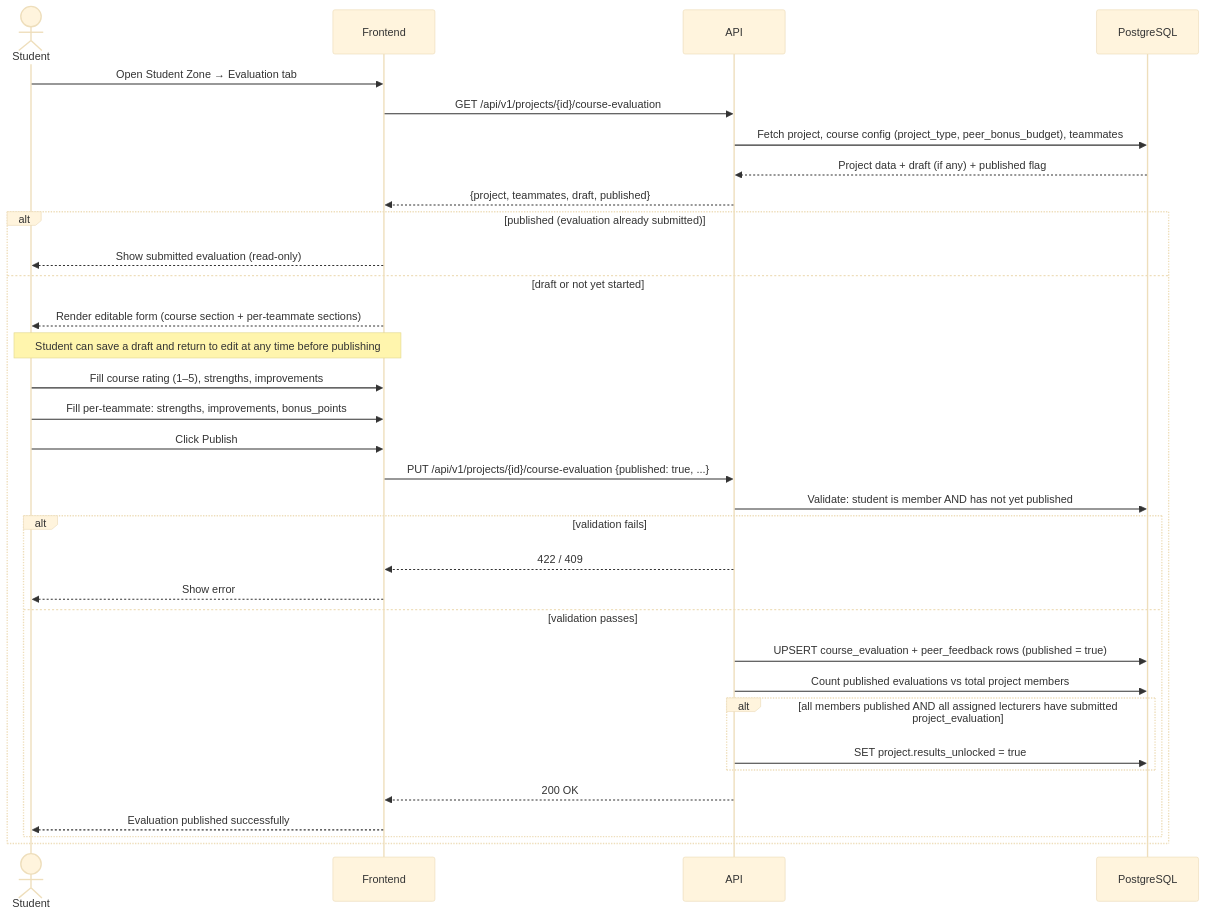
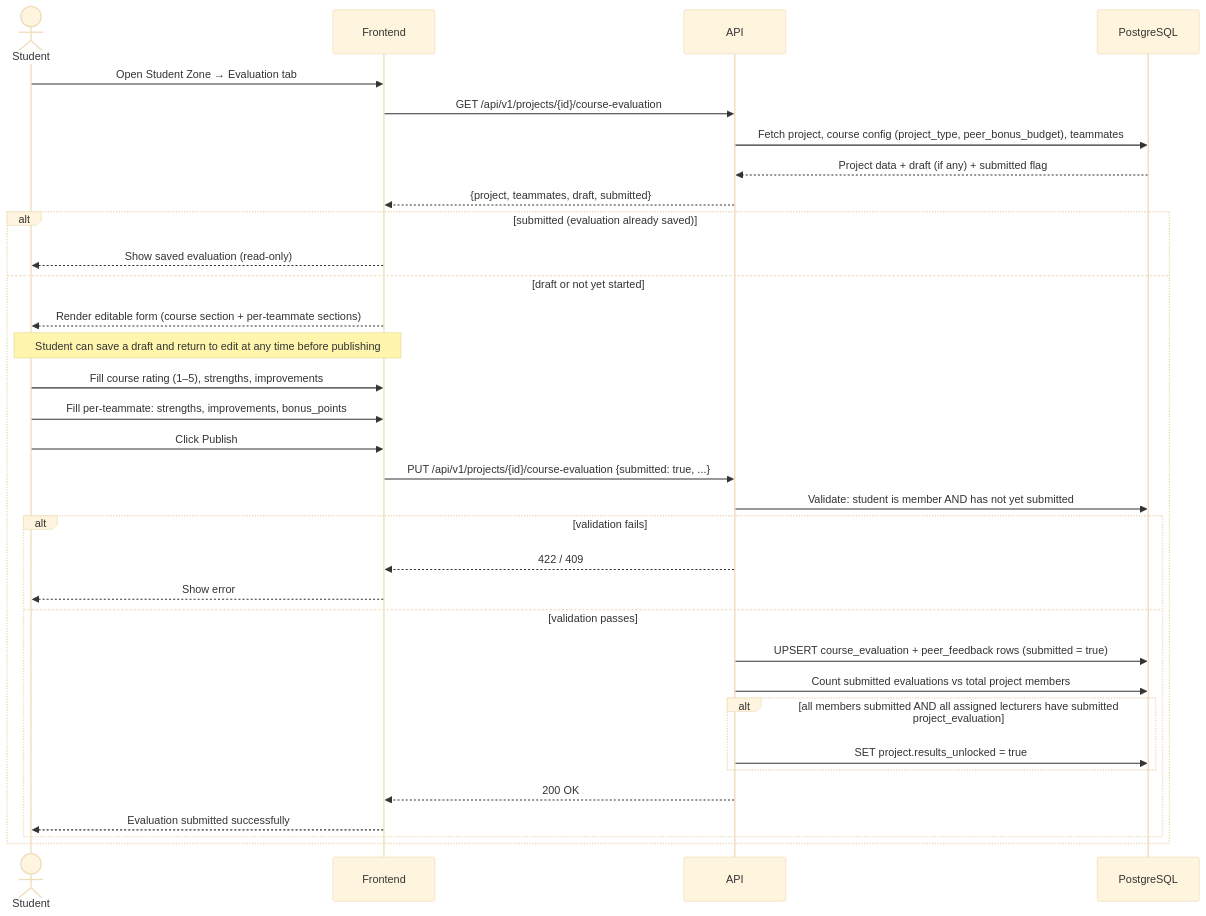
One commit to ljezek/tul-psi changed the third of 6 diagrams in docs/DESIGN.md. Above: the diagram before and after it, drawn with Mermaid (base theme). The commit also changed other lines of this file and 5 other files, not shown here.

````diff
--- a/docs/DESIGN.md
+++ b/docs/DESIGN.md
@@ -199,37 +200,37 @@
 ```mermaid
 sequenceDiagram
     actor Student
     participant Frontend
     participant API
     participant DB as PostgreSQL
 
     Student->>Frontend: Open Student Zone → Evaluation tab
     Frontend->>API: GET /api/v1/projects/{id}/course-evaluation
     API->>DB: Fetch project, course config (project_type, peer_bonus_budget), teammates
-    DB-->>API: Project data + draft (if any) + published flag
-    API-->>Frontend: {project, teammates, draft, published}
+    DB-->>API: Project data + draft (if any) + submitted flag
+    API-->>Frontend: {project, teammates, draft, submitted}
 
-    alt published (evaluation already submitted)
-        Frontend-->>Student: Show submitted evaluation (read-only)
+    alt submitted (evaluation already saved)
+        Frontend-->>Student: Show saved evaluation (read-only)
     else draft or not yet started
         Frontend-->>Student: Render editable form (course section + per-teammate sections)
         Note over Frontend,Student: Student can save a draft and return to edit at any time before publishing
         Student->>Frontend: Fill course rating (1–5), strengths, improvements
         Student->>Frontend: Fill per-teammate: strengths, improvements, bonus_points
         Student->>Frontend: Click Publish
-        Frontend->>API: PUT /api/v1/projects/{id}/course-evaluation {published: true, ...}
-        API->>DB: Validate: student is member AND has not yet published
+        Frontend->>API: PUT /api/v1/projects/{id}/course-evaluation {submitted: true, ...}
+        API->>DB: Validate: student is member AND has not yet submitted
         alt validation fails
             API-->>Frontend: 422 / 409
             Frontend-->>Student: Show error
         else validation passes
-            API->>DB: UPSERT course_evaluation + peer_feedback rows (published = true)
-            API->>DB: Count published evaluations vs total project members
-            alt all members published AND all assigned lecturers have submitted project_evaluation
+            API->>DB: UPSERT course_evaluation + peer_feedback rows (submitted = true)
+            API->>DB: Count submitted evaluations vs total project members
+            alt all members submitted AND all assigned lecturers have submitted project_evaluation
                 API->>DB: SET project.results_unlocked = true
             end
             API-->>Frontend: 200 OK
-            Frontend-->>Student: Evaluation published successfully
+            Frontend-->>Student: Evaluation submitted successfully
         end
     end
 ```
````
